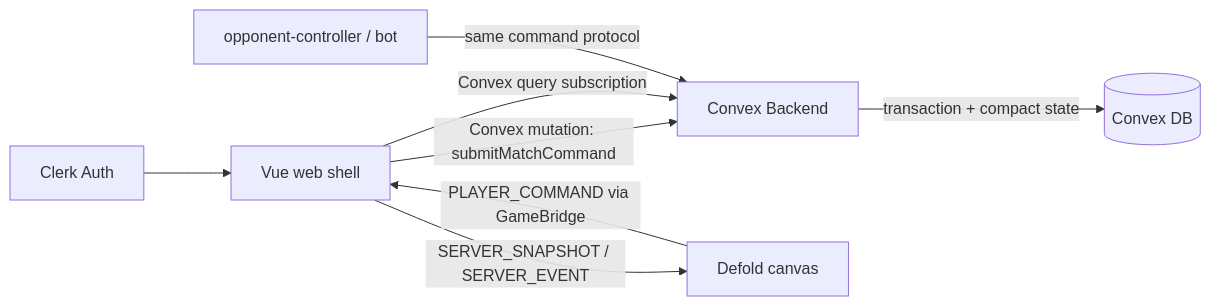
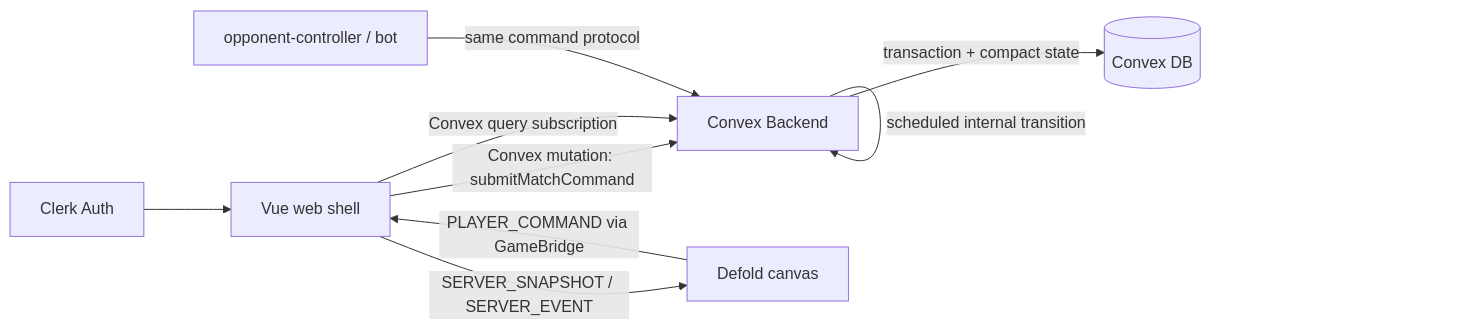
The diagram in shared/docs/CONVEX_IMPLEMENTATION.md (deliciouscat/CylinderDicer), drawn with Mermaid before and after one commit. The commit also changed other lines of this file and 91 other files, not shown here.

````diff
--- a/shared/docs/CONVEX_IMPLEMENTATION.md
+++ b/shared/docs/CONVEX_IMPLEMENTATION.md
@@ -36,10 +36,11 @@
 ```mermaid
 flowchart LR
     Clerk["Clerk Auth"] --> Vue["Vue web shell"]
     Vue -->|"Convex mutation: submitMatchCommand"| Convex["Convex Backend"]
     Convex -->|"transaction + compact state"| DB[("Convex DB")]
     Vue -->|"Convex query subscription"| Convex
     Vue -->|"SERVER_SNAPSHOT / SERVER_EVENT"| Defold["Defold canvas"]
     Defold -->|"PLAYER_COMMAND via GameBridge"| Vue
     QA["opponent-controller / bot"] -->|"same command protocol"| Convex
+    Convex -->|"scheduled internal transition"| Convex
 ```
````
